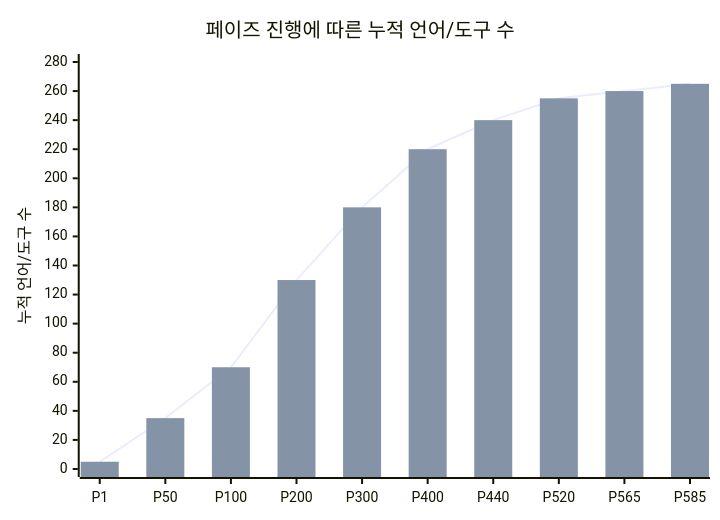
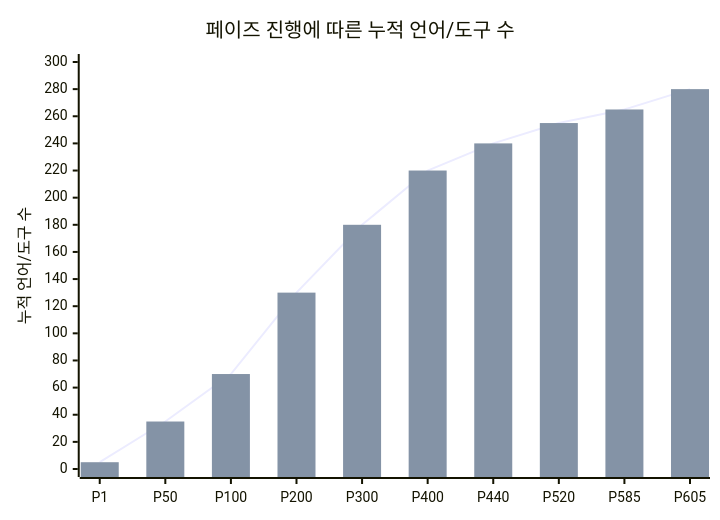
One commit to sun475300-sudo/Swarm-control-in-sc2bot changed diagram 21 of 30 in README.md. Above: the diagram before and after it, drawn with Mermaid. The commit also changed other lines of this file and 20 other files, not shown here.

````diff
--- a/README.md
+++ b/README.md
@@ -1003,8 +1013,8 @@
 ```mermaid
 xychart-beta
     title "페이즈 진행에 따른 누적 언어/도구 수"
-    x-axis ["P1", "P50", "P100", "P200", "P300", "P400", "P440", "P520", "P565", "P585"]
-    y-axis "누적 언어/도구 수" 0 --> 280
-    line [5, 35, 70, 130, 180, 220, 240, 255, 260, 265]
-    bar [5, 35, 70, 130, 180, 220, 240, 255, 260, 265]
+    x-axis ["P1", "P50", "P100", "P200", "P300", "P400", "P440", "P520", "P585", "P605"]
+    y-axis "누적 언어/도구 수" 0 --> 300
+    line [5, 35, 70, 130, 180, 220, 240, 255, 265, 280]
+    bar [5, 35, 70, 130, 180, 220, 240, 255, 265, 280]
 ```
````
